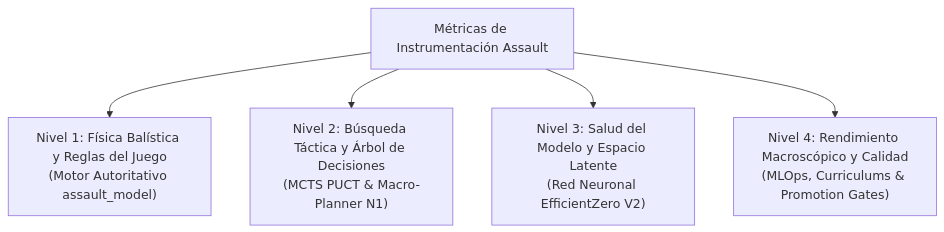
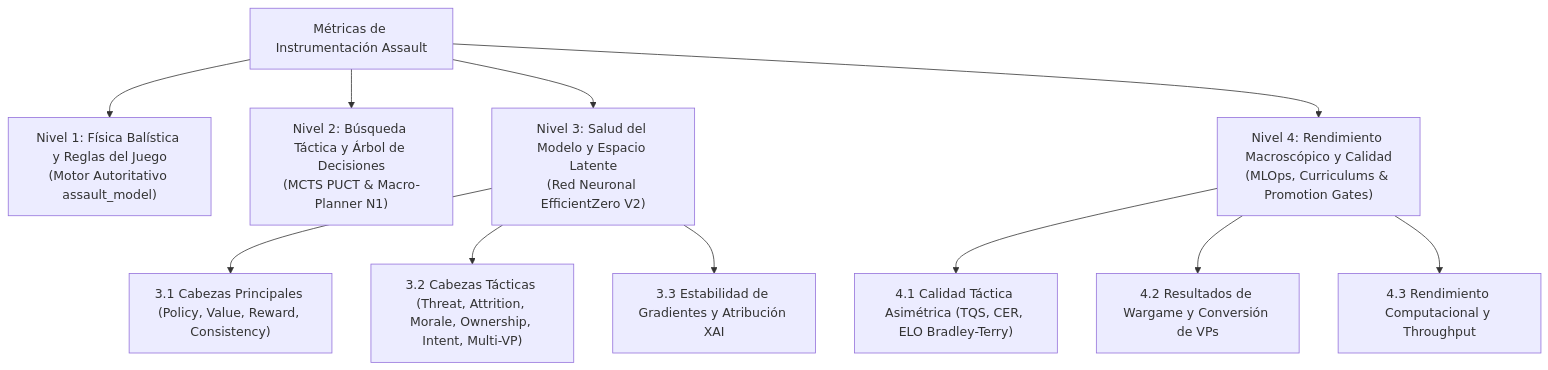
The diagram in docs/13_INVENTARIO_CANONICO_METRICAS.md (richardcc/assault-ai-pilot), drawn with Mermaid before and after one commit. The commit also changed other lines of this file and 12 other files, not shown here.

````diff
--- a/docs/13_INVENTARIO_CANONICO_METRICAS.md
+++ b/docs/13_INVENTARIO_CANONICO_METRICAS.md
@@ -18,14 +19,22 @@
 ```mermaid
 graph TD
     ROOT["Métricas de Instrumentación Assault"]
     
     N1["Nivel 1: Física Balística y Reglas del Juego\n(Motor Autoritativo assault_model)"]
     N2["Nivel 2: Búsqueda Táctica y Árbol de Decisiones\n(MCTS PUCT & Macro-Planner N1)"]
     N3["Nivel 3: Salud del Modelo y Espacio Latente\n(Red Neuronal EfficientZero V2)"]
     N4["Nivel 4: Rendimiento Macroscópico y Calidad\n(MLOps, Curriculums & Promotion Gates)"]
     
     ROOT --> N1
     ROOT --> N2
     ROOT --> N3
     ROOT --> N4
+    
+    N3 --> N3_1["3.1 Cabezas Principales (Policy, Value, Reward, Consistency)"]
+    N3 --> N3_2["3.2 Cabezas Tácticas (Threat, Attrition, Morale, Ownership, Intent, Multi-VP)"]
+    N3 --> N3_3["3.3 Estabilidad de Gradientes y Atribución XAI"]
+    
+    N4 --> N4_1["4.1 Calidad Táctica Asimétrica (TQS, CER, ELO Bradley-Terry)"]
+    N4 --> N4_2["4.2 Resultados de Wargame y Conversión de VPs"]
+    N4 --> N4_3["4.3 Rendimiento Computacional y Throughput"]
 ```
````
